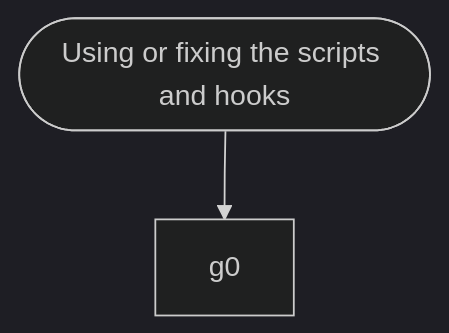
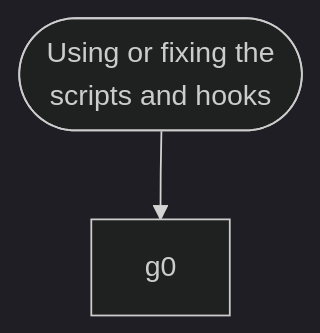
One commit to nitedani/mergeworthy changed diagram 14 of 14 in docs/graphs.md. Above: the diagram before and after it, drawn with Mermaid (dark theme). The commit also changed other lines of this file and 1 other file, not shown here.

First line of the commit message:
Graphs: short labels wrapped into lines, so GitHub doesn't cut them off

````diff
--- a/docs/graphs.md
+++ b/docs/graphs.md
@@ -321,5 +314,5 @@
 ```mermaid
 flowchart TB
-  start(["Using or fixing the scripts and hooks"])
+  start(["Using or fixing the<br/>scripts and hooks"])
   start --> g0
 ```
````
